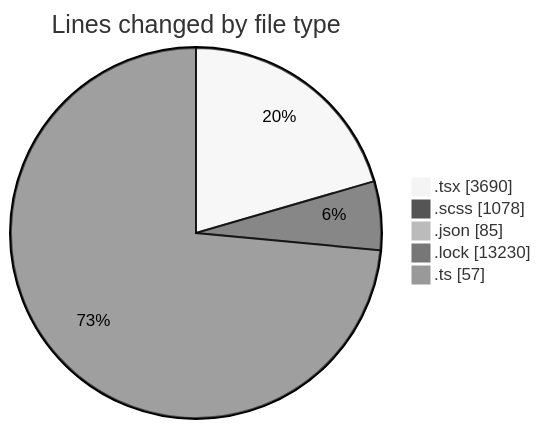
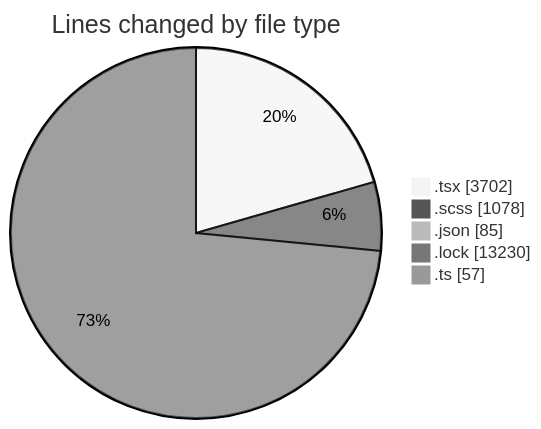
Before and after one commit to momahboobian/code-tracking: the first of 2 diagrams in 2025-10-03/cda/README.md, drawn with Mermaid (neutral theme). The commit also changed other lines of this file and 1 other file, not shown here.

````diff
--- a/2025-10-03/cda/README.md
+++ b/2025-10-03/cda/README.md
@@ -30,9 +30,9 @@
 ```mermaid
 pie showData
 title Lines changed by file type
-".tsx" : 3690
+".tsx" : 3702
 ".scss" : 1078
 ".json" : 85
 ".lock" : 13230
 ".ts" : 57
 ```
````
